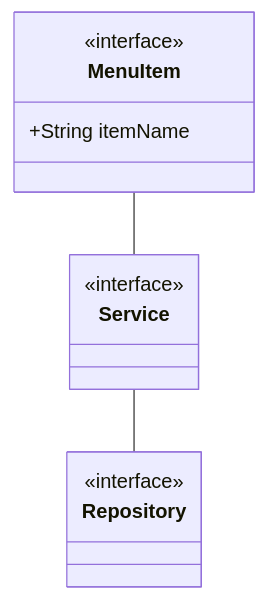
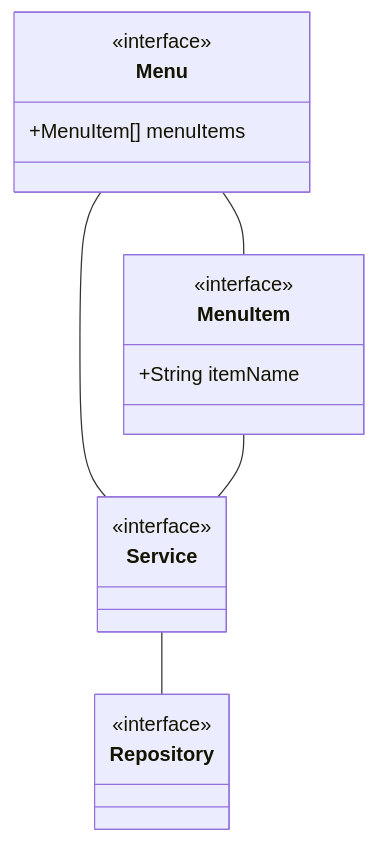
The third of 17 diagrams in slides/case-study-abstraction.mdx (dazzzlet/java-oop-presentation), drawn with Mermaid before and after one commit. The commit also changed other lines of this file and 11 other files, not shown here.

````diff
--- a/slides/case-study-abstraction.mdx
+++ b/slides/case-study-abstraction.mdx
@@ -63,18 +63,25 @@
 ```mermaid
 classDiagram
+  class Menu {
+      <<interface>>
+      +MenuItem[] menuItems
+  }
+
   class MenuItem {
       <<interface>>
       +String itemName
   }
 
   class Service {
       <<interface>>
   }
 
   class Repository {
       <<interface>>
   }
 
+  Menu--MenuItem
+  Menu--Service
   MenuItem--Service
   Service--Repository
 ```
````
